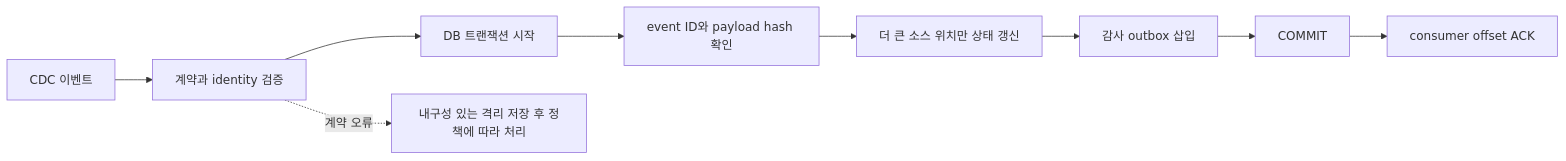
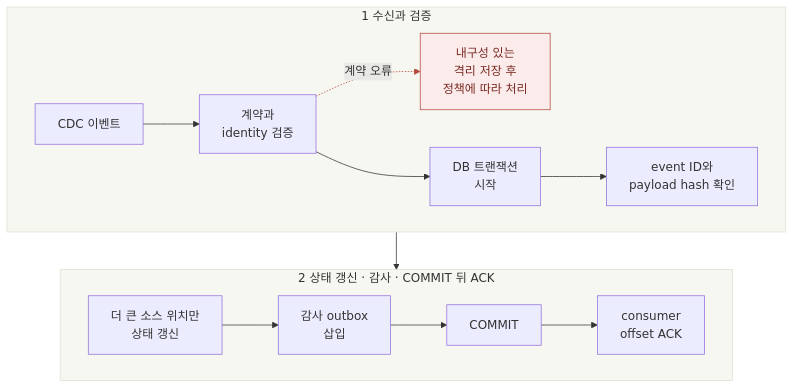
One commit to jay-jang/preparing-fde changed the diagram in assets/diagrams/frame-1-2.mmd. Above: the diagram before and after it, drawn with Mermaid. The commit also changed 75 other files, not shown here.

```diff
--- a/assets/diagrams/frame-1-2.mmd
+++ b/assets/diagrams/frame-1-2.mmd
@@ -1,9 +1,20 @@
-flowchart LR
-  K["CDC 이벤트"] --> V["계약과 identity 검증"]
-  V --> T["DB 트랜잭션 시작"]
-  T --> D["event ID와 payload hash 확인"]
-  D --> U["더 큰 소스 위치만 상태 갱신"]
-  U --> A["감사 outbox 삽입"]
-  A --> C["COMMIT"]
-  C --> O["consumer offset ACK"]
-  V -. "계약 오류" .-> Q["내구성 있는 격리 저장 후 정책에 따라 처리"]
+flowchart TB
+  subgraph R1["1 수신과 검증"]
+    direction LR
+    K["CDC 이벤트"] --> V["계약과<br/>identity 검증"]
+    V -. "계약 오류" .-> Q["내구성 있는<br/>격리 저장 후<br/>정책에 따라 처리"]
+    V --> T["DB 트랜잭션<br/>시작"]
+    T --> D["event ID와<br/>payload hash 확인"]
+  end
+  subgraph R2["2 상태 갱신 · 감사 · COMMIT 뒤 ACK"]
+    direction LR
+    U["더 큰 소스 위치만<br/>상태 갱신"] --> A["감사 outbox<br/>삽입"]
+    A --> C["COMMIT"]
+    C --> O["consumer<br/>offset ACK"]
+  end
+  R1 --> R2
+  classDef fail fill:#fbeceb,stroke:#b4483c,color:#7a2a22
+  class Q fail
+  style R1 fill:#f7f7f2,stroke:#dedfd5,stroke-width:1px
+  style R2 fill:#f7f7f2,stroke:#dedfd5,stroke-width:1px
+  linkStyle 1 stroke:#b4483c
```
